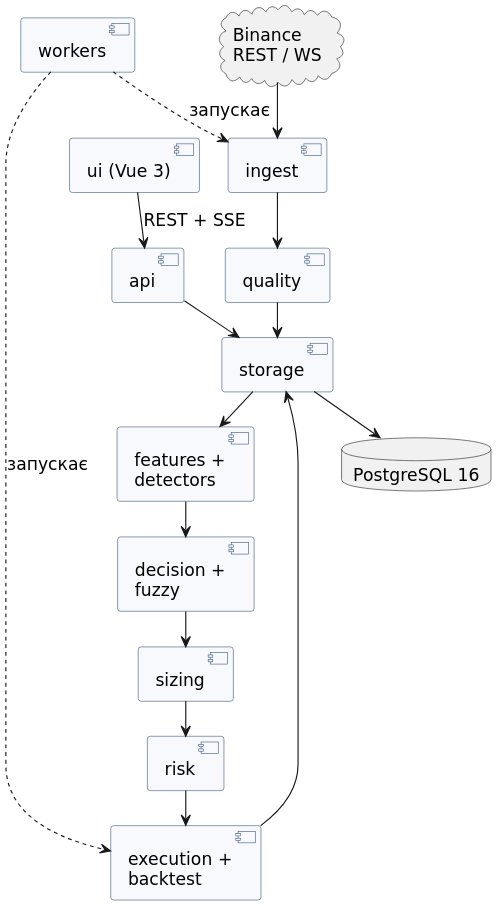
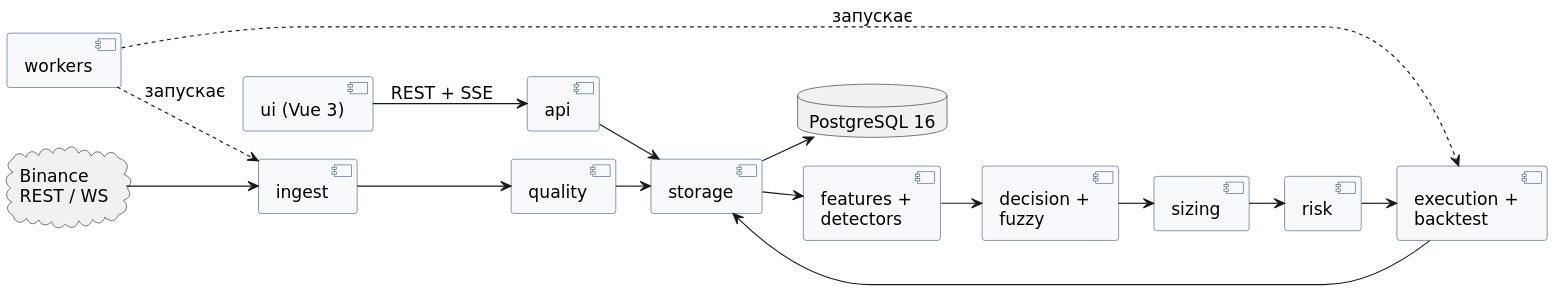
The diagram in docs/diagrams/print/component.puml (AndrZhuk/FuzzHelm), drawn with PlantUML before and after one commit. The commit also changed 2 other files, not shown here.

```diff
--- a/docs/diagrams/print/component.puml
+++ b/docs/diagrams/print/component.puml
@@ -1,41 +1,41 @@
 @startuml
 ' Діаграма компонентів (друкарська версія): пакети src/fuzzhelm і зовнішні системи.
 ' Автор: Андрій Жук, 2026.
 skinparam dpi 200
 skinparam defaultFontName "DejaVu Sans"
 skinparam defaultFontSize 15
 skinparam component {
   BackgroundColor #F7F9FC
   BorderColor #33507A
 }
 skinparam ranksep 30
 skinparam nodesep 25
-top to bottom direction
+left to right direction
 cloud "Binance\nREST / WS" as BIN
 database "PostgreSQL 16" as PG
 component "ingest" as ING
 component "quality" as QUA
 component "storage" as STO
 component "features +\ndetectors" as DET
 component "decision +\nfuzzy" as FUZ
 component "sizing" as SIZ
 component "risk" as RISK
 component "execution +\nbacktest" as EXE
 component "api" as API
 component "workers" as WRK
 component "ui (Vue 3)" as UI
 BIN --> ING
 ING --> QUA
 QUA --> STO
 STO --> PG
 STO --> DET
 DET --> FUZ
 FUZ --> SIZ
 SIZ --> RISK
 RISK --> EXE
 EXE --> STO
 WRK ..> ING : запускає
 WRK ..> EXE : запускає
 API --> STO
 UI --> API : REST + SSE
 @enduml
```
